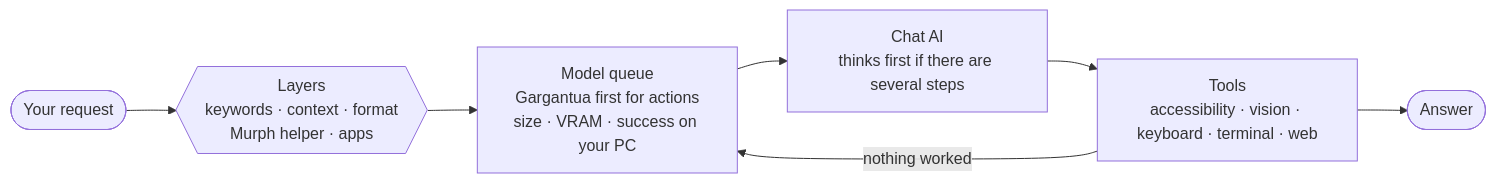
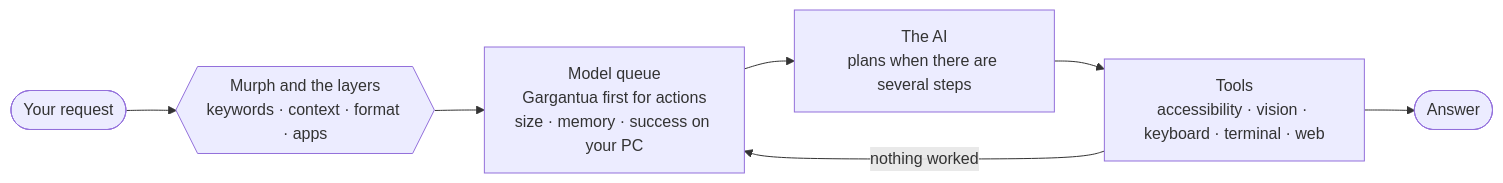
Before and after one commit to project-opentars/OpenTARS: the diagram in README.md, drawn with Mermaid. The commit also changed other lines of this file, not shown here.

````diff
--- a/README.md
+++ b/README.md
@@ -399,9 +120,9 @@
 ```mermaid
 flowchart LR
-    P([Your request]) --> L{{"Layers<br/>keywords · context · format<br/>Murph helper · apps"}}
-    L --> M["Model queue<br/>Gargantua first for actions<br/>size · VRAM · success on your PC"]
-    M --> IA["Chat AI<br/>thinks first if there are several steps"]
+    P([Your request]) --> L{{"Murph and the layers<br/>keywords · context · format · apps"}}
+    L --> M["Model queue<br/>Gargantua first for actions<br/>size · memory · success on your PC"]
+    M --> IA["The AI<br/>plans when there are several steps"]
     IA --> F["Tools<br/>accessibility · vision · keyboard · terminal · web"]
     F -- "nothing worked" --> M
     F --> S([Answer])
 ```
````
